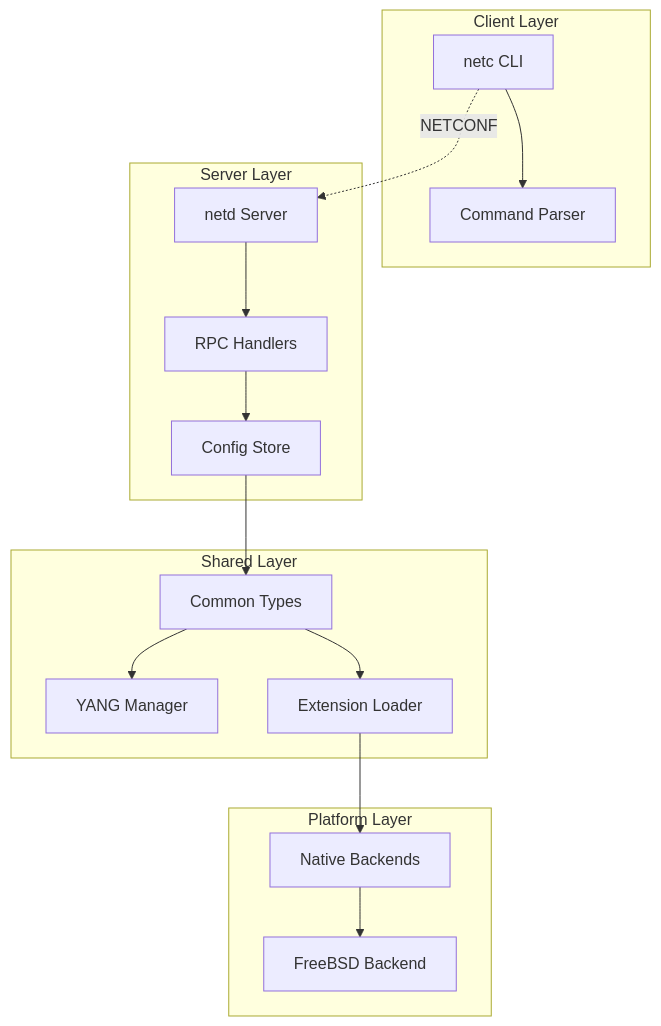
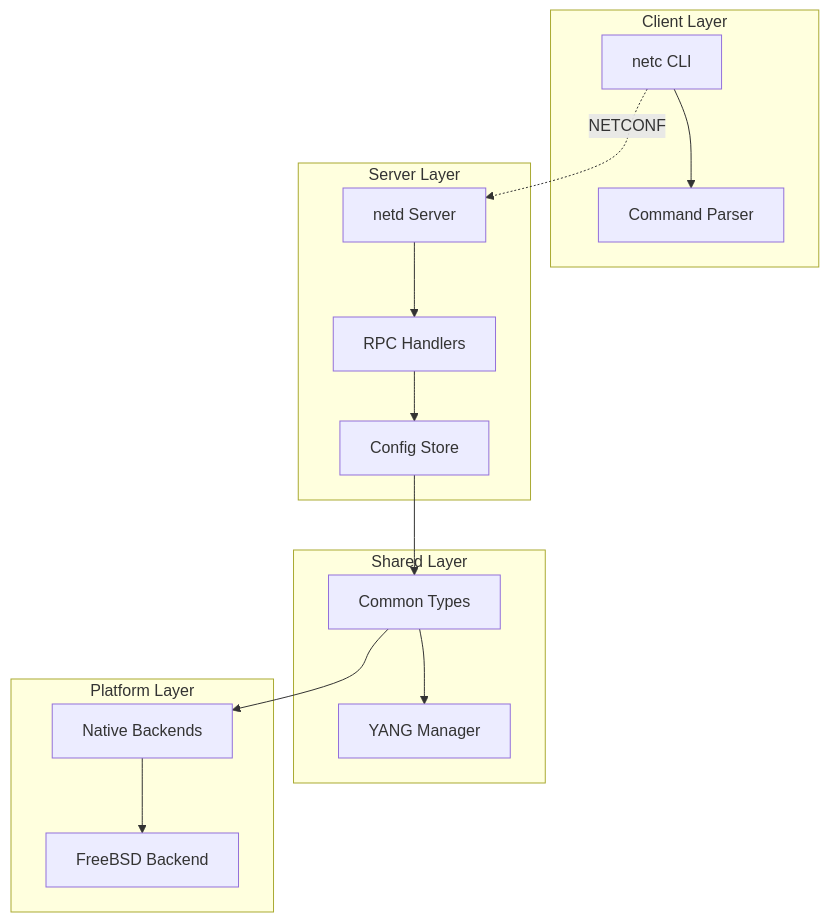
One commit to Ravenhammer-Research/netd changed the diagram in doc/DEVELOPMENT.md. Above: the diagram before and after it, drawn with Mermaid. The commit also changed other lines of this file and 104 other files, not shown here.

````diff
--- a/doc/DEVELOPMENT.md
+++ b/doc/DEVELOPMENT.md
@@ -130,34 +128,32 @@
 ```mermaid
 graph TB
     subgraph "Client Layer"
         CLI[netc CLI]
         Parser[Command Parser]
     end
     
     subgraph "Server Layer"
         Server[netd Server]
         Handlers[RPC Handlers]
         Store[Config Store]
     end
     
     subgraph "Shared Layer"
         Types[Common Types]
         YANG[YANG Manager]
-        Extensions[Extension Loader]
     end
     
     subgraph "Platform Layer"
         FreeBSD[FreeBSD Backend]
         Native[Native Backends]
     end
     
     CLI --> Parser
     CLI -.->|NETCONF| Server
     Server --> Handlers
     Handlers --> Store
     Store --> Types
     Types --> YANG
-    Types --> Extensions
-    Extensions --> Native
+    Types --> Native
     Native --> FreeBSD
 ```
````
